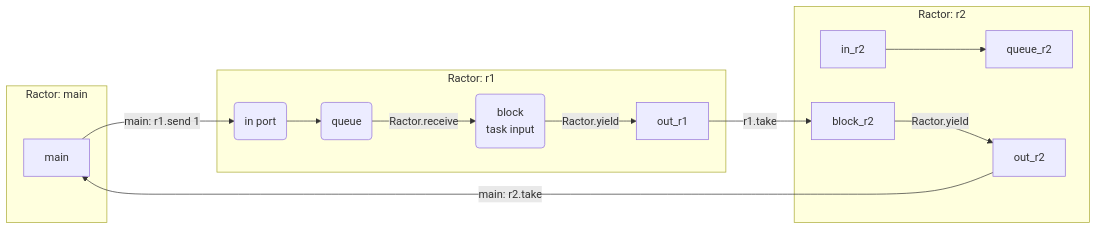
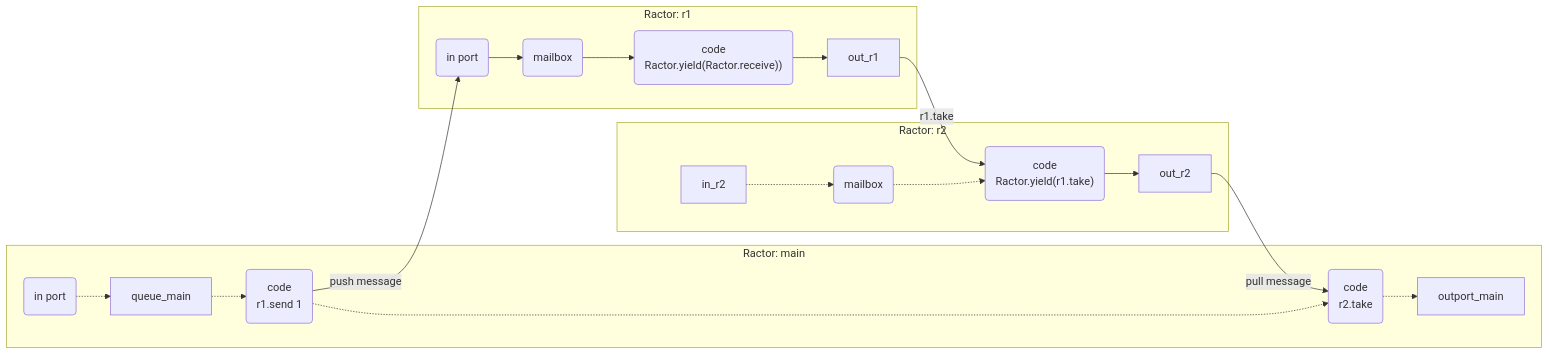
One commit to btihen/btihen_dev changed the diagram in content/posts/ruby/ruby_3_x_ractor/06_pipeline_design.mmd. Above: the diagram before and after it, drawn with Mermaid.

Commit message:
update / improve pipeline image

```diff
--- a/content/posts/ruby/ruby_3_x_ractor/06_pipeline_design.mmd
+++ b/content/posts/ruby/ruby_3_x_ractor/06_pipeline_design.mmd
@@ -1,24 +1,38 @@
 graph LR
-    main -->|main: r1.send 1| in_r1
-    in_r1 --> queue_r1
-    queue_r1 --> |Ractor.receive| block_r1
-    block_r1 --> |Ractor.yield| out_r1
-    in_r2 --> queue_r2
+    main_1 -->|push message| in_r1
     out_r1 --> |r1.take| block_r2
-    block_r2 --> |Ractor.yield| out_r2
-    out_r2 --> |main: r2.take| main
+    out_r2 --> |pull message| main_2
+
     subgraph Ractor: r1
-    in_r1(in port)
-    queue_r1(queue)
-    block_r1(block <br> task input)
-    out_r1
+        in_r1 --> queue_r1
+        queue_r1 --> block_r1
+        block_r1 --> out_r1
+
+        in_r1(in port)
+        queue_r1(mailbox)
+        block_r1("code <br>Ractor.yield(Ractor.receive))")
+        out_r1
     end
+
     subgraph Ractor: r2
-    in_r2
-    queue_r2
-    block_r2
-    out_r2
+        queue_r2 -.-> block_r2
+        in_r2 -.-> queue_r2
+        block_r2 --> out_r2
+
+        in_r2
+        queue_r2(mailbox)
+        block_r2("code<br>Ractor.yield(r1.take)")
+        out_r2
     end
+
     subgraph Ractor: main
-    main
+        inport_main -.-> queue_main
+        queue_main -.-> main_1
+        main_1 -.-> main_2
+        main_2 -.-> outport_main
+
+        inport_main(in port)
+
+        main_1("code<br>r1.send 1")
+        main_2("code<br>r2.take")
     end
```
